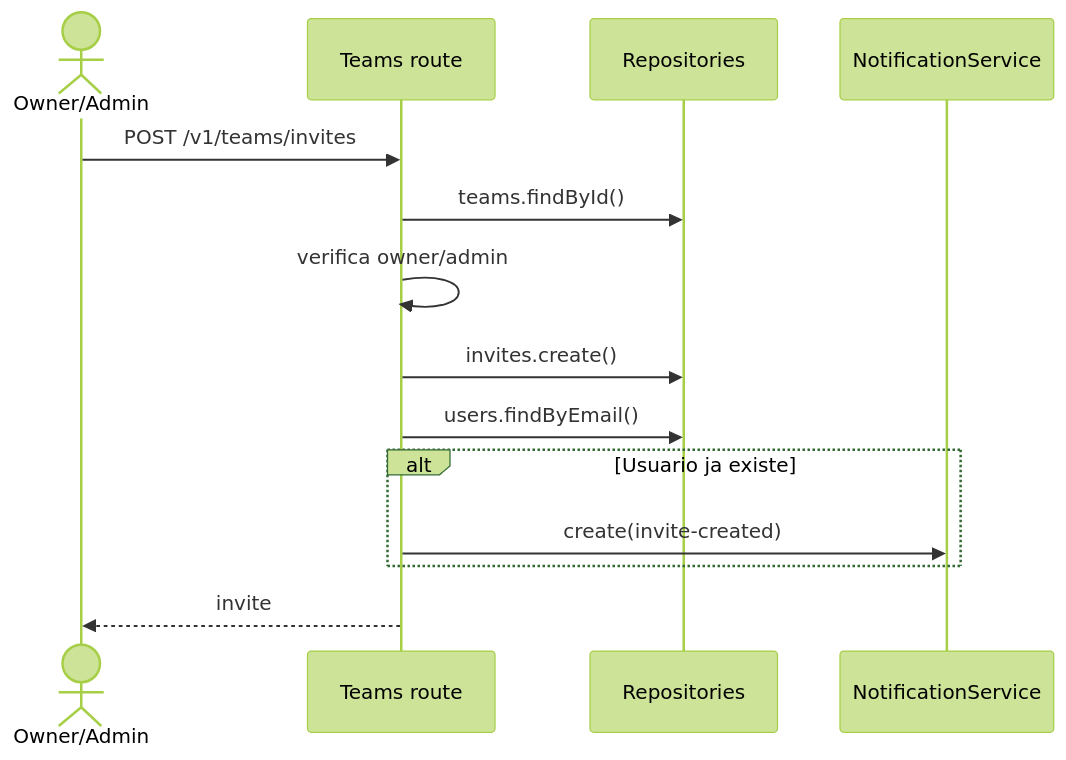
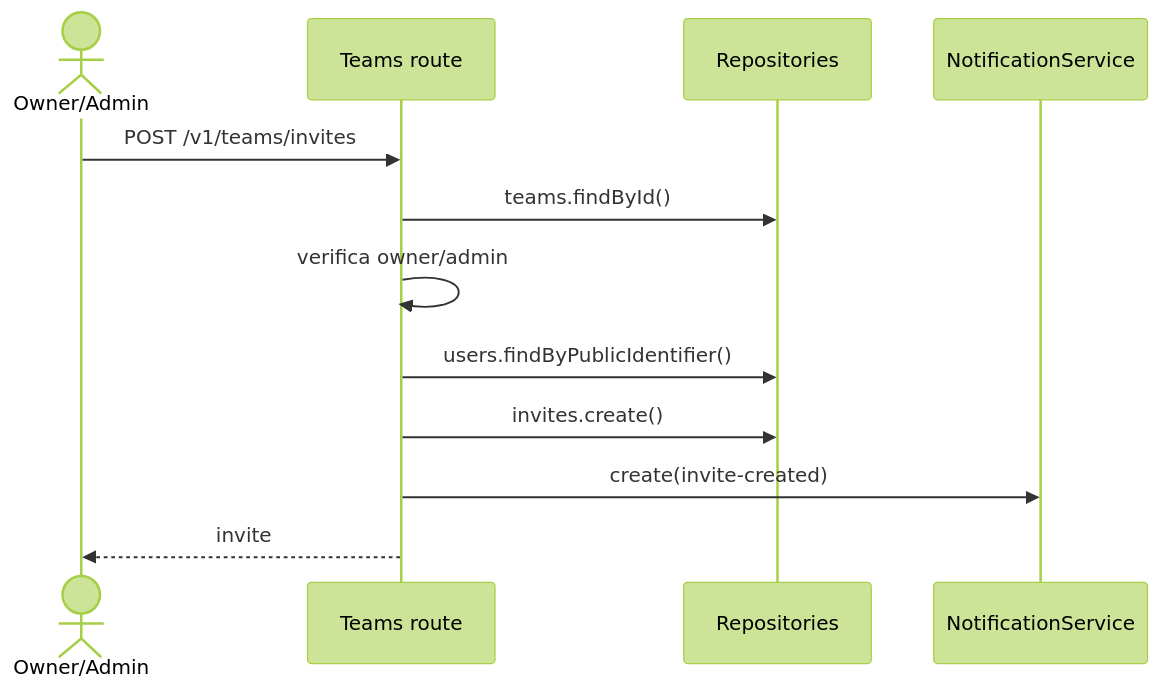
Before and after one commit to nalbcosta/soccer_stats: the fourth of 14 diagrams in docs/backend/domain-flows.md, drawn with Mermaid (forest theme). The commit also changed other lines of this file and 28 other files, not shown here.

````diff
--- a/docs/backend/domain-flows.md
+++ b/docs/backend/domain-flows.md
@@ -86,17 +86,15 @@
 ```mermaid
 sequenceDiagram
   actor Admin as Owner/Admin
   participant API as Teams route
   participant Repo as Repositories
   participant Notif as NotificationService
 
   Admin->>API: POST /v1/teams/invites
   API->>Repo: teams.findById()
   API->>API: verifica owner/admin
+  API->>Repo: users.findByPublicIdentifier()
   API->>Repo: invites.create()
-  API->>Repo: users.findByEmail()
-  alt Usuario ja existe
-    API->>Notif: create(invite-created)
-  end
+  API->>Notif: create(invite-created)
   API-->>Admin: invite
 ```
````
